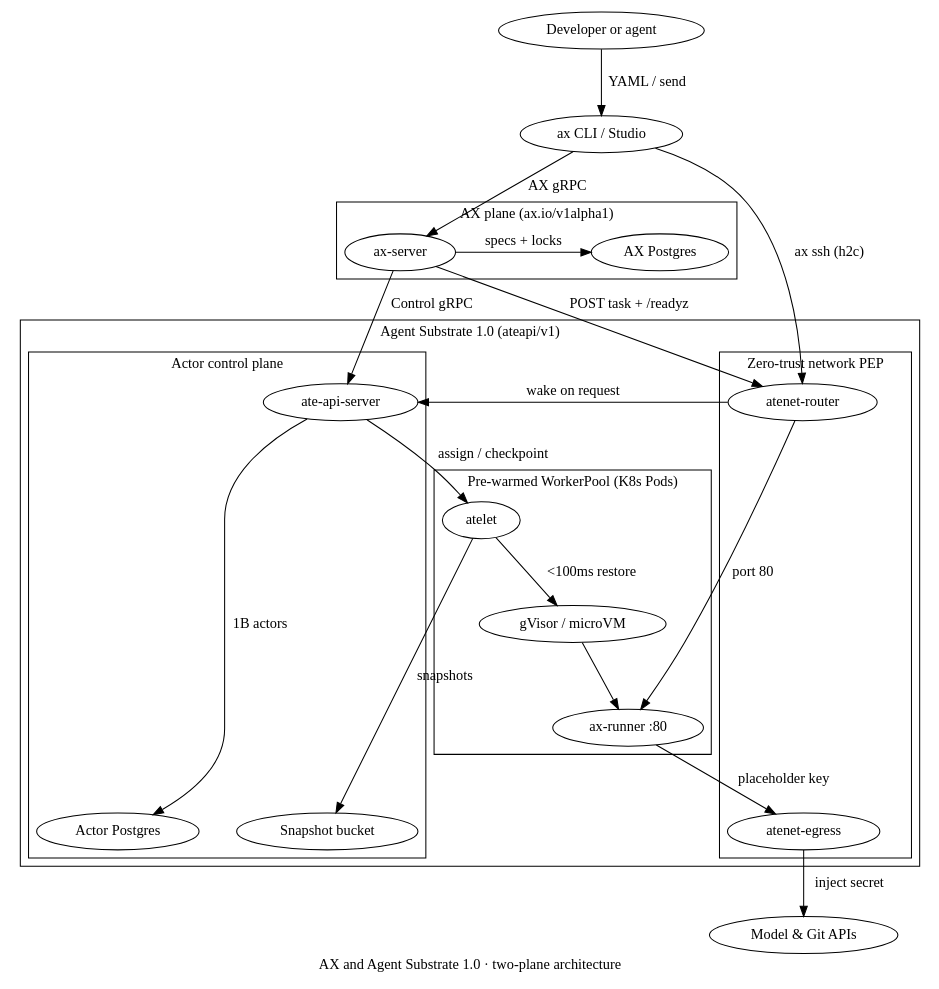
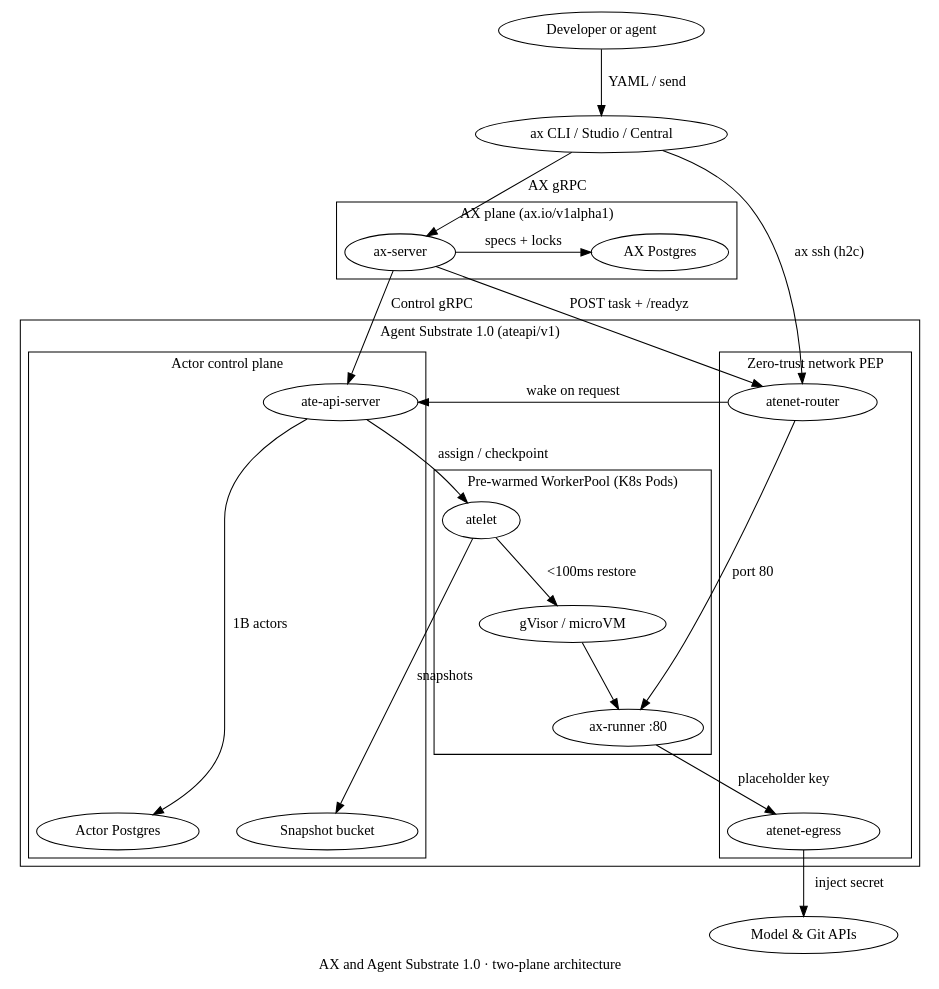
Before and after one commit to ghchinoy/ax-experiments: the diagram in concepts/diagrams/01-two-plane-architecture.dot, drawn with Graphviz. The commit also changed 11 other files, not shown here.

First line of the commit message:
docs(sweep): point docs & Lustrous diagrams to standalone substrate-local and agentexecutor/studio (ax-experiments-1rx.9)

```diff
--- a/concepts/diagrams/01-two-plane-architecture.dot
+++ b/concepts/diagrams/01-two-plane-architecture.dot
@@ -1,67 +1,67 @@
 // Two-plane architecture: how AX (application & agent control plane) layers on
 // top of Agent Substrate 1.0 (zero-trust actor multiplexer on Kubernetes).
 digraph ax_substrate_two_planes {
   label = "AX and Agent Substrate 1.0 · two-plane architecture";
   ranksep = 0.7;
   nodesep = 0.5;
   newrank = true;
 
   caller [label="Developer or agent", class="terminal"];
-  axcli  [label="ax CLI / Studio", class="primary code"];
+  axcli  [label="ax CLI / Studio / Central", class="primary code"];
 
   subgraph cluster_ax {
     label = "AX plane (ax.io/v1alpha1)";
     class = "accent";
     axdb  [label="AX Postgres", class="store"];
     axsrv [label="ax-server", class="emphasis code"];
   }
 
   subgraph cluster_substrate {
     label = "Agent Substrate 1.0 (ateapi/v1)";
 
     subgraph cluster_sub_ctrl {
       label = "Actor control plane";
       ateapi  [label="ate-api-server", class="code"];
       atedb   [label="Actor Postgres", class="store"];
       objstore [label="Snapshot bucket", class="store"];
     }
 
     subgraph cluster_sub_net {
       label = "Zero-trust network PEP";
       router [label="atenet-router", class="emphasis code"];
       egress [label="atenet-egress", class="code"];
     }
 
     subgraph cluster_sub_workers {
       label = "Pre-warmed WorkerPool (K8s Pods)";
       atelet  [label="atelet", class="muted code"];
       sandbox [label="gVisor / microVM", class="positive"];
       runner  [label="ax-runner :80", class="code"];
     }
   }
 
   ext [label="Model & Git APIs", class="external"];
 
   {rank=same; axdb; axsrv;}
   {rank=same; ateapi; router;}
   {rank=same; atedb; objstore; egress;}
 
   caller -> axcli [label="YAML / send"];
   axcli -> axsrv  [label="AX gRPC", class="primary code"];
   axcli -> router [label="ax ssh (h2c)", class="code"];
 
   axsrv -> axdb   [label="specs + locks", constraint=false];
   axsrv -> ateapi [label="Control gRPC", class="primary code"];
   axsrv -> router [label="POST task + /readyz", class="code"];
 
   ateapi -> atedb    [label="1B actors"];
   ateapi -> atelet   [label="assign / checkpoint"];
   atelet -> objstore [label="snapshots", class="async"];
   atelet -> sandbox  [label="<100ms restore"];
 
   router -> ateapi   [label="wake on request", class="async"];
   router -> runner   [label="port 80", class="positive"];
   sandbox -> runner  [class="muted"];
   runner -> egress   [label="placeholder key"];
   egress -> ext      [label="inject secret", class="positive"];
 }
```
